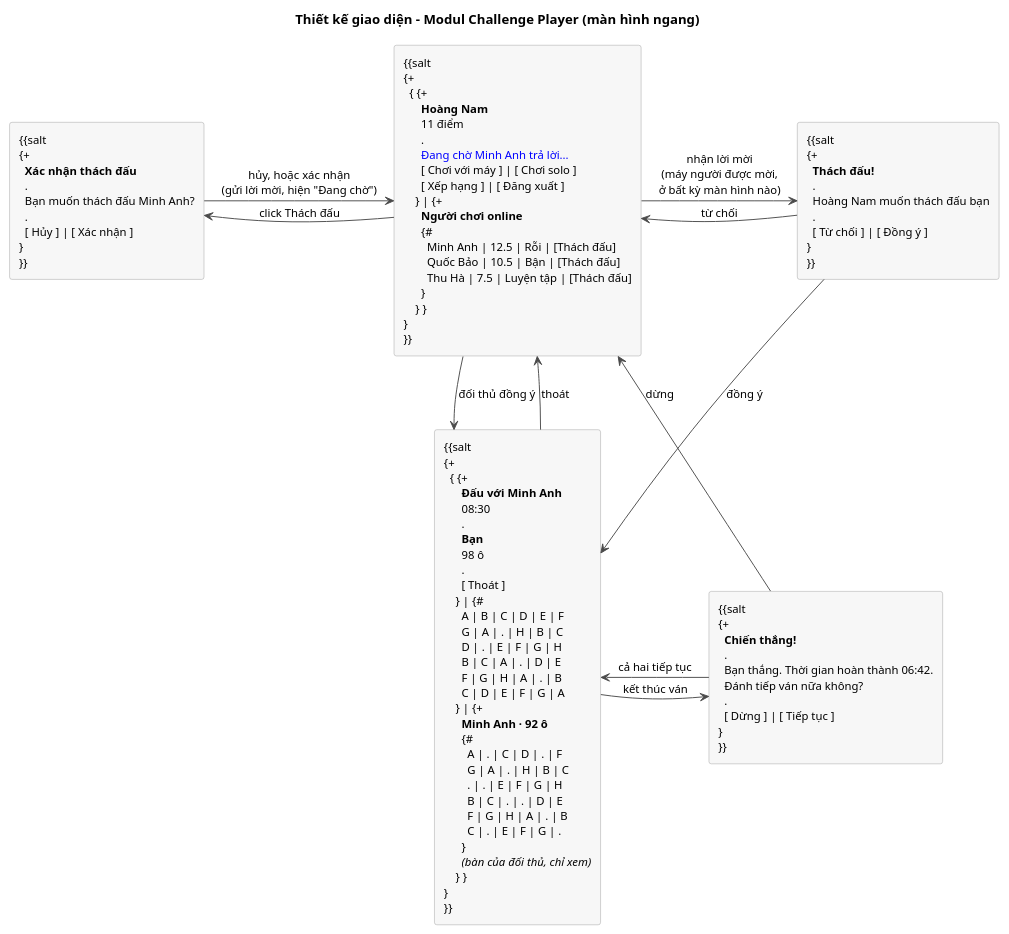
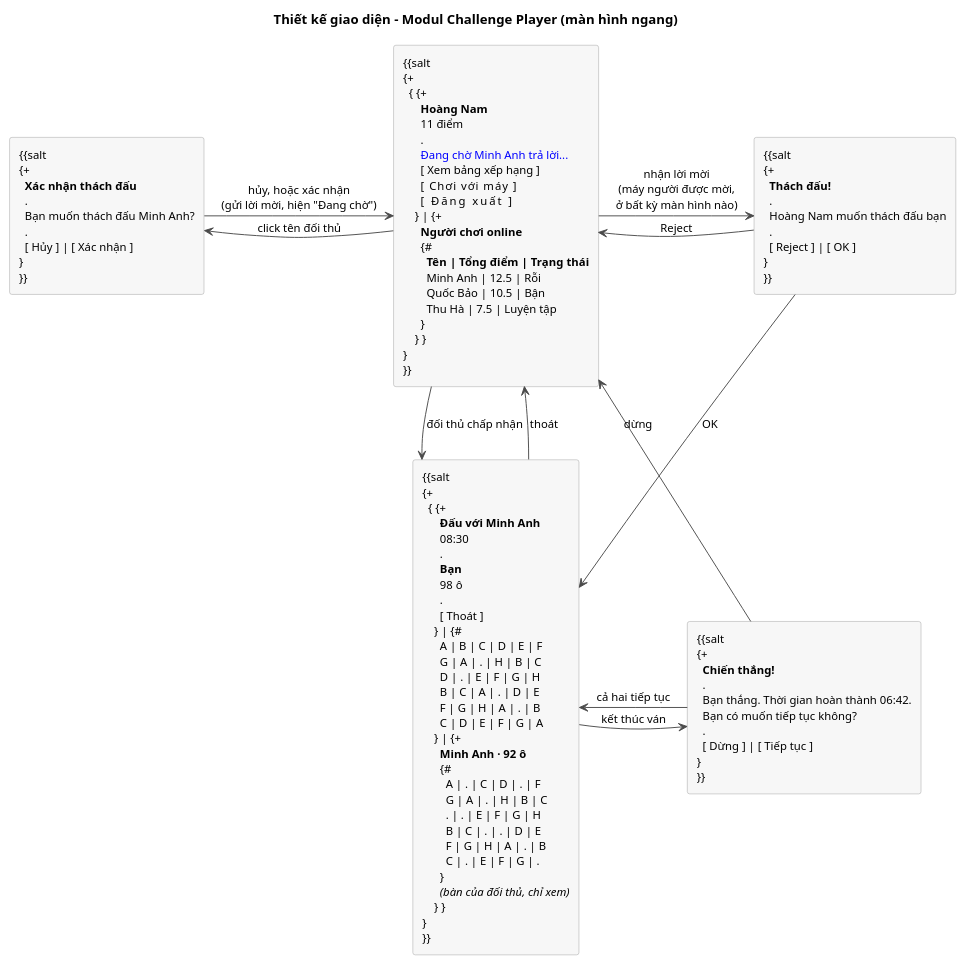
The diagram in docs/uml/pha3/ui-m3.puml (VattenL/mobile-pikachu), drawn with PlantUML before and after one commit. The commit also changed 23 other files, not shown here.

```diff
--- a/docs/uml/pha3/ui-m3.puml
+++ b/docs/uml/pha3/ui-m3.puml
@@ -1,115 +1,117 @@
 @startuml ui-m3
 title Thiết kế giao diện - Modul Challenge Player (màn hình ngang)
 
 skinparam shadowing false
 skinparam defaultFontSize 12
 skinparam ArrowColor #4A4A4A
 skinparam rectangle {
   BackgroundColor #F7F7F7
   BorderColor #9E9E9E
 }
 
 rectangle Main [
 {{salt
 {+
   { {+
       <b>Hoàng Nam
       11 điểm
       .
       <color:blue>Đang chờ Minh Anh trả lời...
-      [ Chơi với máy ] | [ Chơi solo ]
-      [ Xếp hạng ] | [ Đăng xuất ]
+      [ Xem bảng xếp hạng ]
+      [   Chơi với máy    ]
+      [     Đăng xuất     ]
     } | {+
       <b>Người chơi online
       {#
-        Minh Anh | 12.5 | Rỗi | [Thách đấu]
-        Quốc Bảo | 10.5 | Bận | [Thách đấu]
-        Thu Hà | 7.5 | Luyện tập | [Thách đấu]
+        <b>Tên | <b>Tổng điểm | <b>Trạng thái
+        Minh Anh | 12.5 | Rỗi
+        Quốc Bảo | 10.5 | Bận
+        Thu Hà | 7.5 | Luyện tập
       }
     } }
 }
 }}
 ]
 
 rectangle Confirm [
 {{salt
 {+
   <b>Xác nhận thách đấu
   .
   Bạn muốn thách đấu Minh Anh?
   .
   [ Hủy ] | [ Xác nhận ]
 }
 }}
 ]
 
 rectangle Invite [
 {{salt
 {+
   <b>Thách đấu!
   .
   Hoàng Nam muốn thách đấu bạn
   .
-  [ Từ chối ] | [ Đồng ý ]
+  [ Reject ] | [ OK ]
 }
 }}
 ]
 
 rectangle Match [
 {{salt
 {+
   { {+
       <b>Đấu với Minh Anh
       08:30
       .
       <b>Bạn
       98 ô
       .
       [ Thoát ]
     } | {#
       A | B | C | D | E | F
       G | A | . | H | B | C
       D | . | E | F | G | H
       B | C | A | . | D | E
       F | G | H | A | . | B
       C | D | E | F | G | A
     } | {+
       <b>Minh Anh · 92 ô
       {#
         A | . | C | D | . | F
         G | A | . | H | B | C
         . | . | E | F | G | H
         B | C | . | . | D | E
         F | G | H | A | . | B
         C | . | E | F | G | .
       }
       <i>(bàn của đối thủ, chỉ xem)
     } }
 }
 }}
 ]
 
 rectangle Result [
 {{salt
 {+
   <b>Chiến thắng!
   .
   Bạn thắng. Thời gian hoàn thành 06:42.
-  Đánh tiếp ván nữa không?
+  Bạn có muốn tiếp tục không?
   .
   [ Dừng ] | [ Tiếp tục ]
 }
 }}
 ]
 
-Main -left-> Confirm : click Thách đấu
+Main -left-> Confirm : click tên đối thủ
 Confirm -right-> Main : hủy, hoặc xác nhận\n(gửi lời mời, hiện "Đang chờ")
 Main -right-> Invite : nhận lời mời\n(máy người được mời,\nở bất kỳ màn hình nào)
-Invite -left-> Main : từ chối
-Invite -down-> Match : đồng ý
-Main -down-> Match : đối thủ đồng ý
+Invite -left-> Main : Reject
+Invite -down-> Match : OK
+Main -down-> Match : đối thủ chấp nhận
 Match -right-> Result : kết thúc ván
 Result -up-> Match : cả hai tiếp tục
 Result -up-> Main : dừng
 Match -up-> Main : thoát
 @enduml
```
